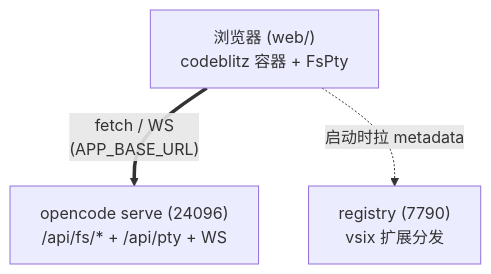
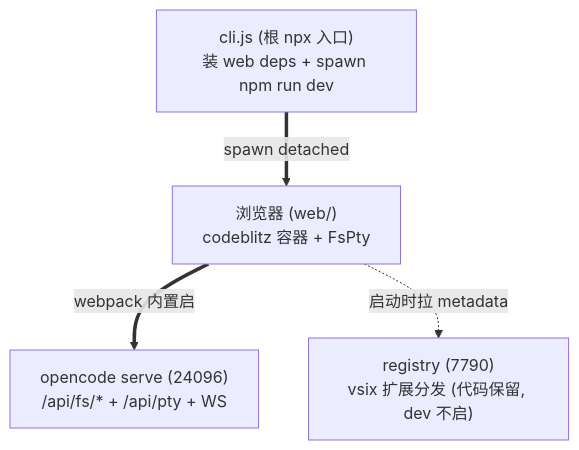
The first of 2 diagrams in README.md (weizuxiao911/magicbook), drawn with Mermaid before and after one commit. The commit also changed other lines of this file and 8 other files, not shown here.

First line of the commit message:
refactor: 删 cli/ 子目录, 根 cli.js 接管 npx 入口 + opencode 启停

````diff
--- a/README.md
+++ b/README.md
@@ -8,9 +8,11 @@
 ```mermaid
 graph TB
     Browser["浏览器 (web/)<br/>codeblitz 容器 + FsPty"]
     Opencode["opencode serve (24096)<br/>/api/fs/* + /api/pty + WS"]
-    Registry["registry (7790)<br/>vsix 扩展分发"]
+    Registry["registry (7790)<br/>vsix 扩展分发 (代码保留, dev 不启)"]
+    Cli["cli.js (根 npx 入口)<br/>装 web deps + spawn npm run dev"]
 
-    Browser ==>|"fetch / WS<br/>(APP_BASE_URL)"| Opencode
+    Cli ==>|"spawn detached"| Browser
+    Browser ==>|"webpack 内置启"| Opencode
     Browser -.->|"启动时拉 metadata"| Registry
 ```
````
